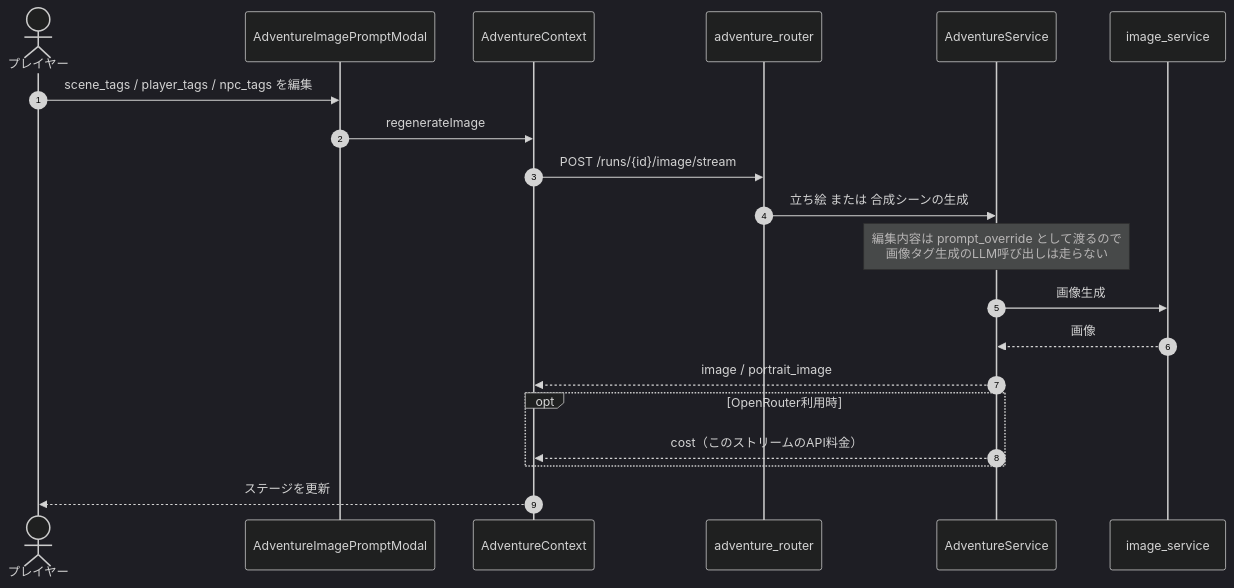
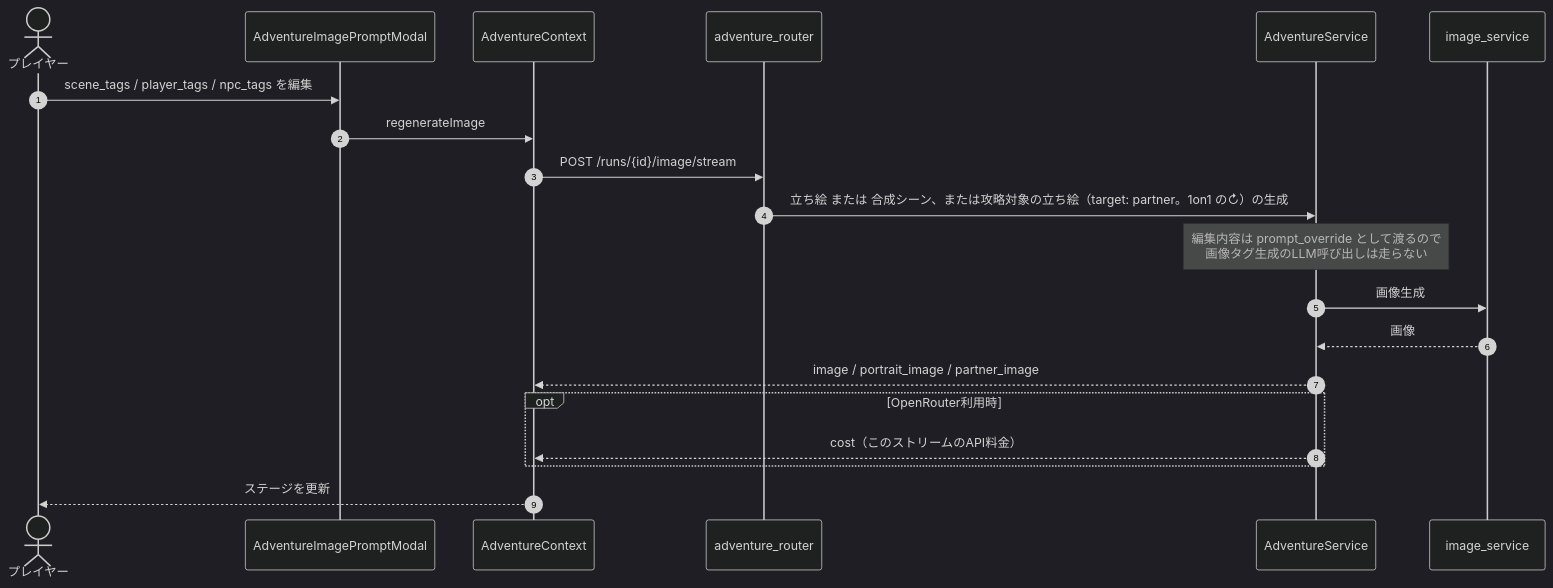
Before and after one commit to grind-hash/tsf_closet: the fifth of 5 diagrams in docs/adventure-flow.md, drawn with Mermaid (dark theme). The commit also changed other lines of this file and 24 other files, not shown here.

````diff
--- a/docs/adventure-flow.md
+++ b/docs/adventure-flow.md
@@ -289,23 +306,23 @@
 ```mermaid
 sequenceDiagram
     autonumber
     actor U as プレイヤー
     participant M as AdventureImagePromptModal
     participant C as AdventureContext
     participant R as adventure_router
     participant SV as AdventureService
     participant I as image_service
 
     U->>M: scene_tags / player_tags / npc_tags を編集
     M->>C: regenerateImage
     C->>R: POST /runs/{id}/image/stream
-    R->>SV: 立ち絵 または 合成シーンの生成
+    R->>SV: 立ち絵 または 合成シーン、または攻略対象の立ち絵（target: partner。1on1 の↻）の生成
     Note over SV: 編集内容は prompt_override として渡るので<br/>画像タグ生成のLLM呼び出しは走らない
     SV->>I: 画像生成
     I-->>SV: 画像
-    SV-->>C: image / portrait_image
+    SV-->>C: image / portrait_image / partner_image
     opt OpenRouter利用時
         SV-->>C: cost（このストリームのAPI料金）
     end
     C-->>U: ステージを更新
 ```
````
